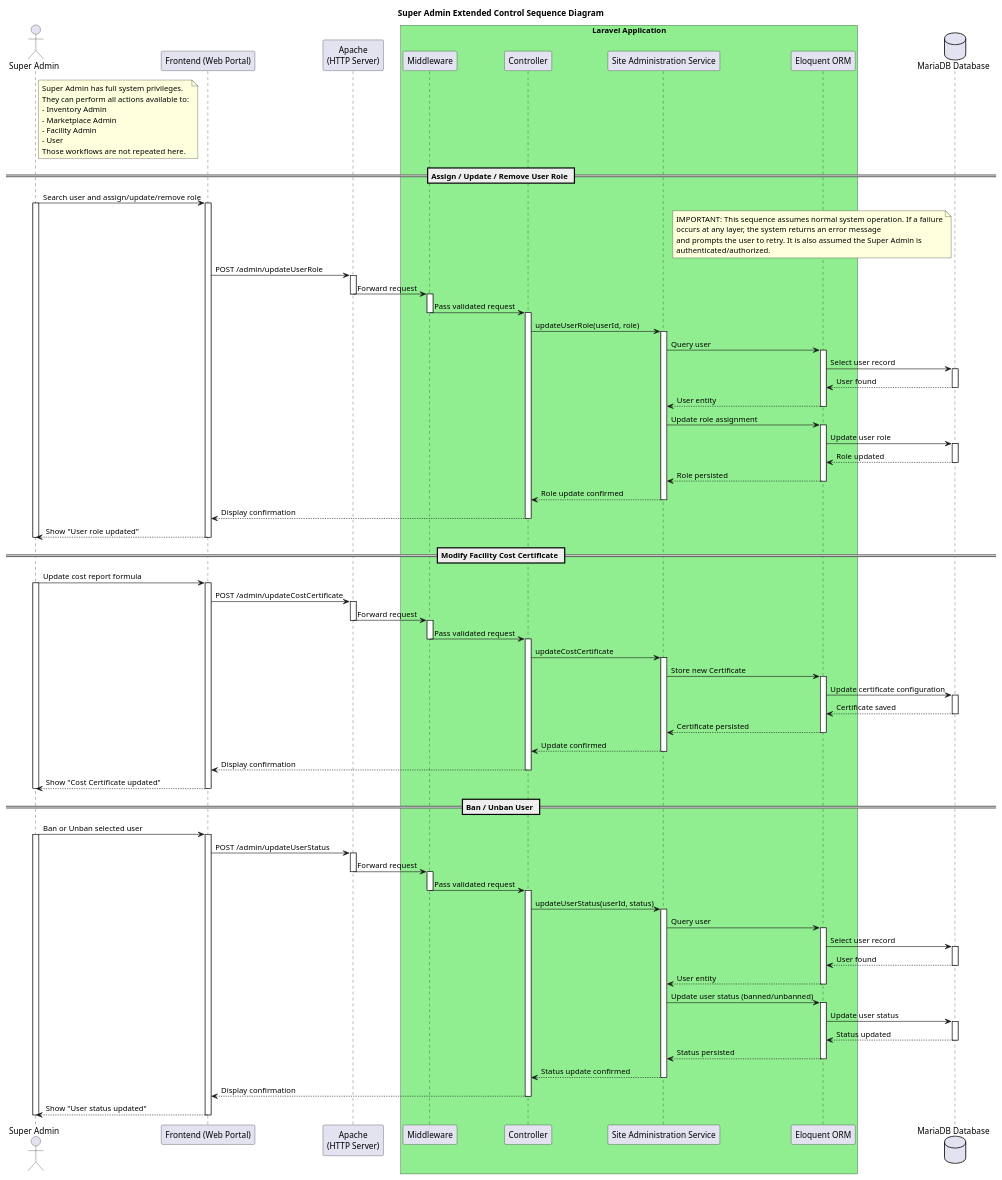
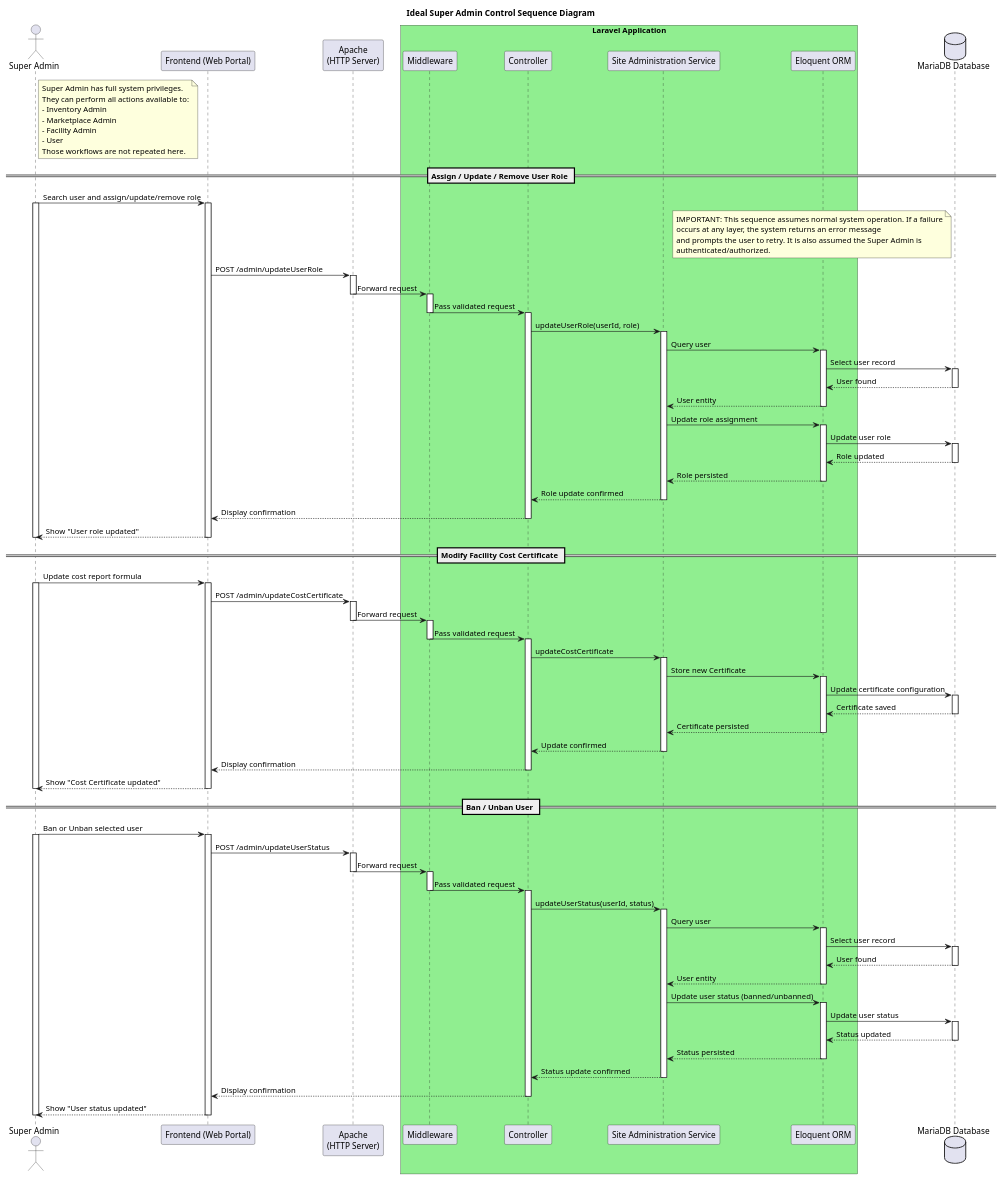
The diagram in sequenceDiagrams/Super_Admin_Sequence.puml (JanPerez35/PlantUML), drawn with PlantUML before and after one commit. The commit also changed 19 other files, not shown here.

Commit message:
Sequence updated naming

```diff
--- a/sequenceDiagrams/Super_Admin_Sequence.puml
+++ b/sequenceDiagrams/Super_Admin_Sequence.puml
@@ -1,165 +1,165 @@
 @startuml
 
-title Super Admin Extended Control Sequence Diagram
+title Ideal Super Admin Control Sequence Diagram
 
 actor "Super Admin" as Admin
 
 participant "Frontend (Web Portal)" as FE
 participant "Apache\n(HTTP Server)" as Apache
 
 box "Laravel Application" #LightGreen
   participant "Middleware" as MW
   participant "Controller" as C
   participant "Site Administration Service" as Service
   participant "Eloquent ORM" as ORM
 end box
 
 database "MariaDB Database" as DB
 
 note right of Admin
 Super Admin has full system privileges.
 They can perform all actions available to:
 - Inventory Admin
 - Marketplace Admin
 - Facility Admin
 - User
 Those workflows are not repeated here.
 end note
 
 
 == Assign / Update / Remove User Role ==
 Admin -> FE: Search user and assign/update/remove role
 activate Admin
 activate FE
 
 note left of DB
 IMPORTANT: This sequence assumes normal system operation. If a failure
 occurs at any layer, the system returns an error message
 and prompts the user to retry. It is also assumed the Super Admin is
 authenticated/authorized.
 end note
 
 FE -> Apache: POST /admin/updateUserRole
 activate Apache
 Apache -> MW: Forward request
 deactivate Apache
 
 activate MW
 MW -> C: Pass validated request
 deactivate MW
 
 activate C
 C -> Service: updateUserRole(userId, role)
 activate Service
 
 Service -> ORM: Query user
 activate ORM
 ORM -> DB: Select user record
 activate DB
 DB --> ORM: User found
 deactivate DB
 ORM --> Service: User entity
 deactivate ORM
 
 Service -> ORM: Update role assignment
 activate ORM
 ORM -> DB: Update user role
 activate DB
 DB --> ORM: Role updated
 deactivate DB
 ORM --> Service: Role persisted
 deactivate ORM
 
 Service --> C: Role update confirmed
 deactivate Service
 C --> FE: Display confirmation
 deactivate C
 
 FE --> Admin: Show "User role updated"
 deactivate FE
 deactivate Admin
 
 
 == Modify Facility Cost Certificate ==
 Admin -> FE: Update cost report formula
 activate Admin
 activate FE
 
 FE -> Apache: POST /admin/updateCostCertificate
 activate Apache
 Apache -> MW: Forward request
 deactivate Apache
 
 activate MW
 MW -> C: Pass validated request
 deactivate MW
 
 activate C
 C -> Service: updateCostCertificate
 activate Service
 
 Service -> ORM: Store new Certificate
 activate ORM
 ORM -> DB: Update certificate configuration
 activate DB
 DB --> ORM: Certificate saved
 deactivate DB
 ORM --> Service: Certificate persisted
 deactivate ORM
 
 Service --> C: Update confirmed
 deactivate Service
 C --> FE: Display confirmation
 deactivate C
 
 FE --> Admin: Show "Cost Certificate updated"
 deactivate FE
 deactivate Admin
 
 
 == Ban / Unban User ==
 Admin -> FE: Ban or Unban selected user
 activate Admin
 activate FE
 
 FE -> Apache: POST /admin/updateUserStatus
 activate Apache
 Apache -> MW: Forward request
 deactivate Apache
 
 activate MW
 MW -> C: Pass validated request
 deactivate MW
 
 activate C
 C -> Service: updateUserStatus(userId, status)
 activate Service
 
 Service -> ORM: Query user
 activate ORM
 ORM -> DB: Select user record
 activate DB
 DB --> ORM: User found
 deactivate DB
 ORM --> Service: User entity
 deactivate ORM
 
 Service -> ORM: Update user status (banned/unbanned)
 activate ORM
 ORM -> DB: Update user status
 activate DB
 DB --> ORM: Status updated
 deactivate DB
 ORM --> Service: Status persisted
 deactivate ORM
 
 Service --> C: Status update confirmed
 deactivate Service
 C --> FE: Display confirmation
 deactivate C
 
 FE --> Admin: Show "User status updated"
 deactivate FE
 deactivate Admin
 
 @enduml
```
